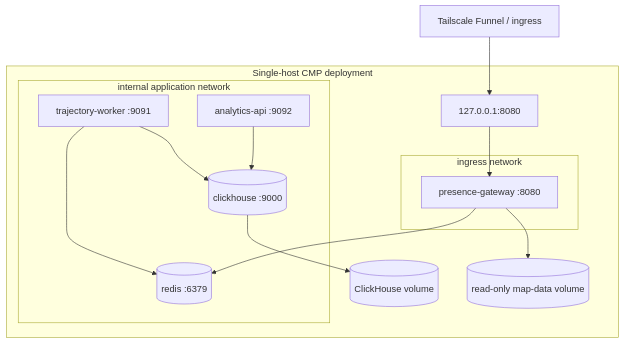
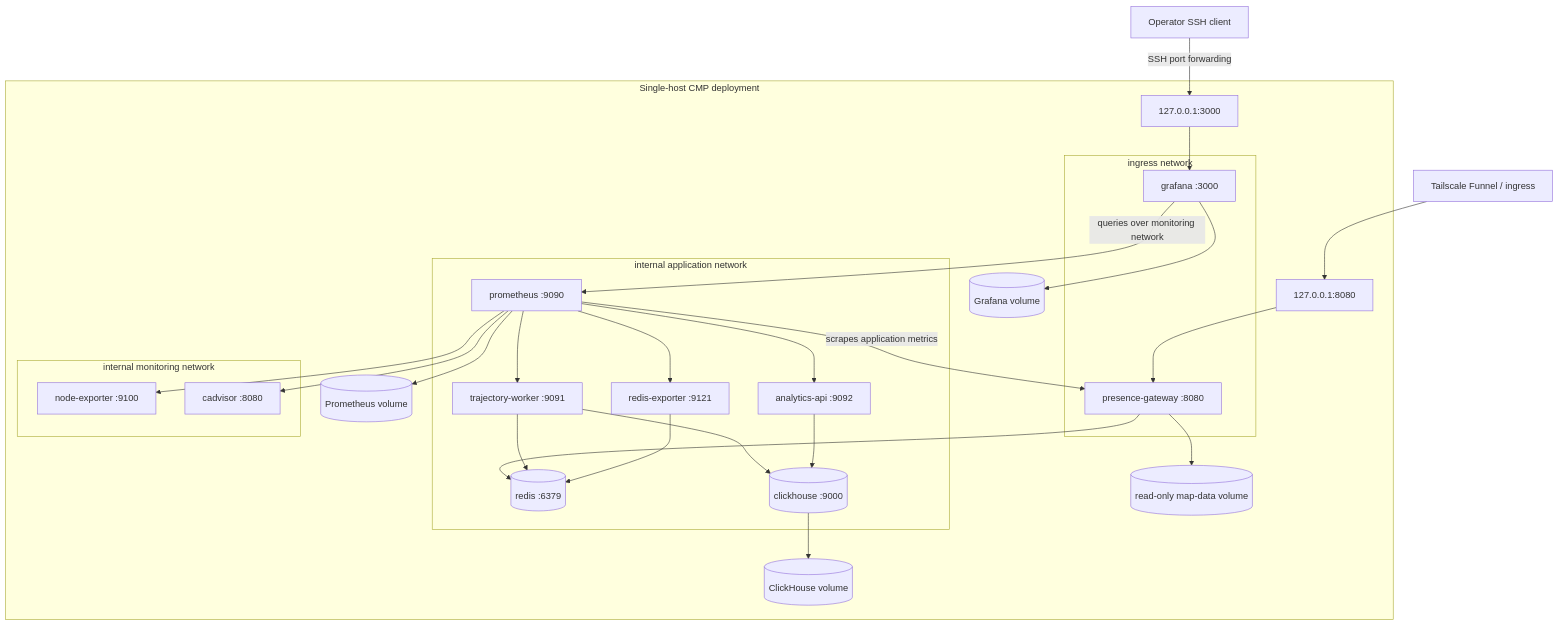
One commit to muliang0711/Tarumt-arena-indoor-navigation-app changed the second of 6 diagrams in tarumt-nav-app/docs/backend/architecture.md. Above: the diagram before and after it, drawn with Mermaid. The commit also changed other lines of this file and 6 other files, not shown here.

````diff
--- a/tarumt-nav-app/docs/backend/architecture.md
+++ b/tarumt-nav-app/docs/backend/architecture.md
@@ -41,30 +57,52 @@
 ```mermaid
 flowchart TB
     Internet["Tailscale Funnel / ingress"]
 
     subgraph Host["Single-host CMP deployment"]
-        Loopback["127.0.0.1:8080"]
+        GatewayLoopback["127.0.0.1:8080"]
+        GrafanaLoopback["127.0.0.1:3000"]
 
         subgraph IngressNet["ingress network"]
             Gateway["presence-gateway :8080"]
+            Grafana["grafana :3000"]
         end
 
         subgraph AppNet["internal application network"]
             Redis[("redis :6379")]
             Worker["trajectory-worker :9091"]
             ClickHouse[("clickhouse :9000")]
             Analytics["analytics-api :9092"]
+            RedisExporter["redis-exporter :9121"]
+            Prometheus["prometheus :9090"]
+        end
+
+        subgraph MonitoringNet["internal monitoring network"]
+            NodeExporter["node-exporter :9100"]
+            CAdvisor["cadvisor :8080"]
         end
 
         MapData[("read-only map-data volume")]
         CHData[("ClickHouse volume")]
+        PromData[("Prometheus volume")]
+        GrafanaData[("Grafana volume")]
     end
 
-    Internet --> Loopback --> Gateway
+    Operator["Operator SSH client"] -->|"SSH port forwarding"| GrafanaLoopback --> Grafana
+    Internet --> GatewayLoopback --> Gateway
     Gateway --> Redis
     Gateway --> MapData
     Worker --> Redis
     Worker --> ClickHouse
     Analytics --> ClickHouse
     ClickHouse --> CHData
+    RedisExporter --> Redis
+    Prometheus -->|"scrapes application metrics"| Gateway
+    Prometheus --> Worker
+    Prometheus --> Analytics
+    Prometheus --> RedisExporter
+    Prometheus --> NodeExporter
+    Prometheus --> CAdvisor
+    Grafana -->|"queries over monitoring network"| Prometheus
+    Prometheus --> PromData
+    Grafana --> GrafanaData
 ```
````
